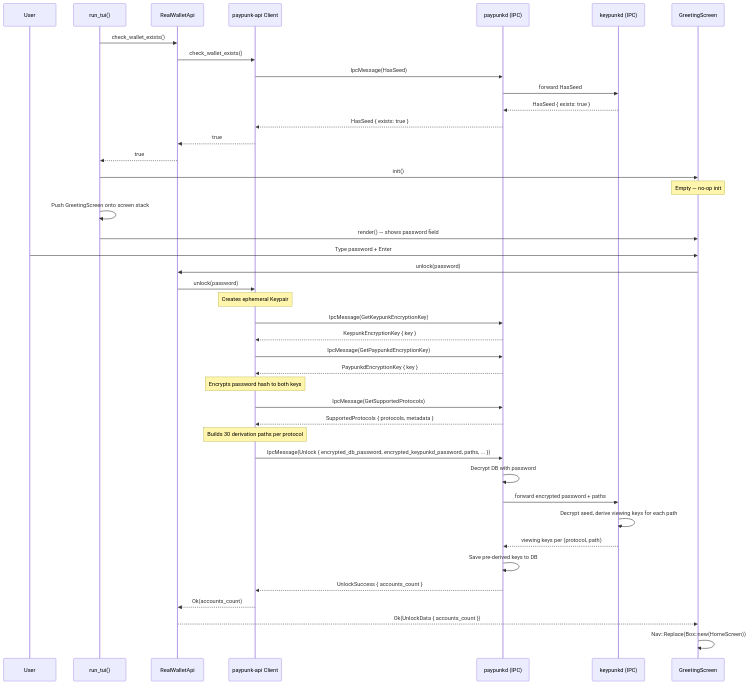
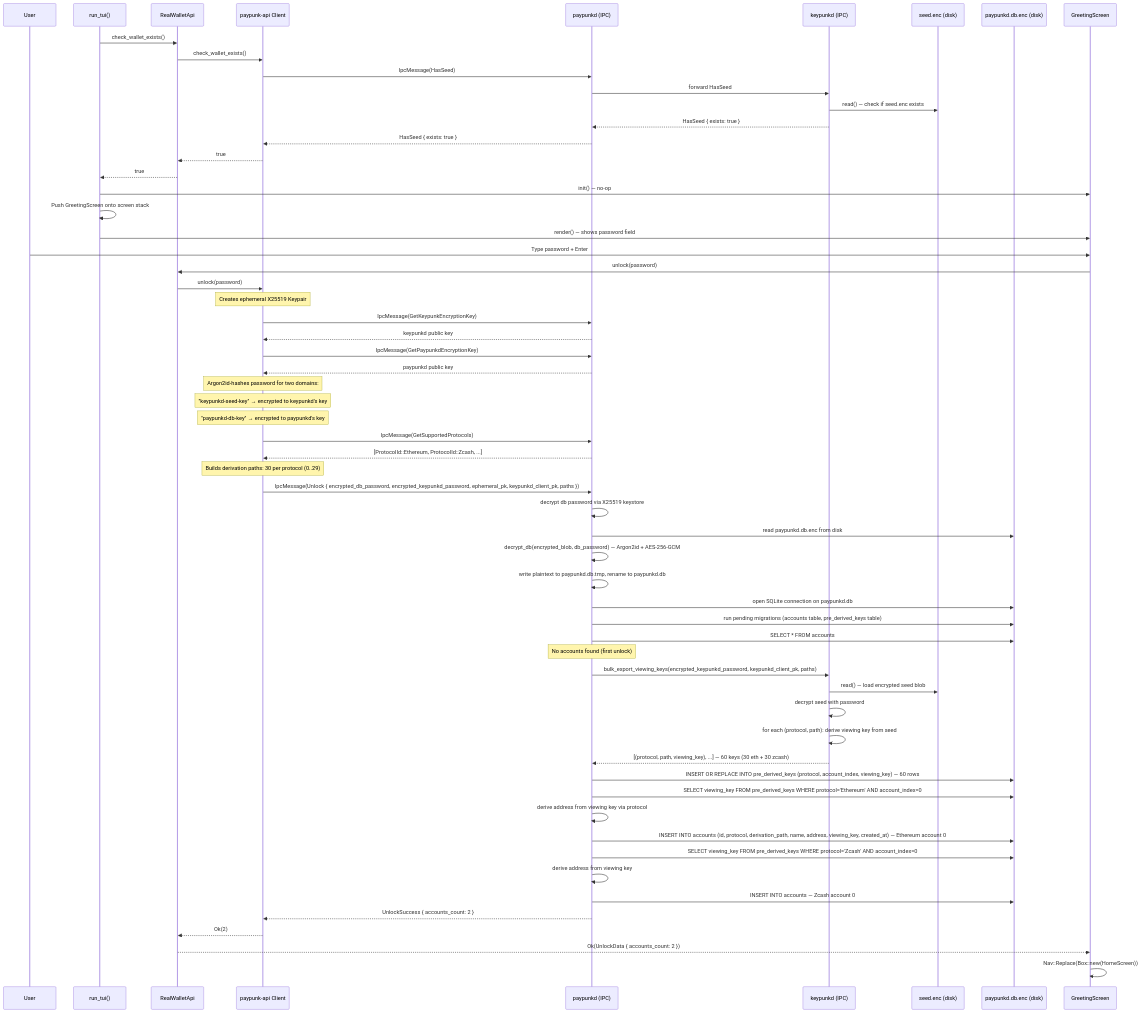
Before and after one commit to blockhackersio/paypunk: the diagram in tui/docs/usecases/02-greeting.md, drawn with Mermaid. The commit also changed other lines of this file and 9 other files, not shown here.

````diff
--- a/tui/docs/usecases/02-greeting.md
+++ b/tui/docs/usecases/02-greeting.md
@@ -7,50 +13,73 @@
 ```mermaid
 sequenceDiagram
     participant U as User
     participant lib as run_tui()
     participant API as RealWalletApi
     participant Client as paypunk-api Client
     participant paypunkd as paypunkd (IPC)
     participant keypunkd as keypunkd (IPC)
+    participant SeedFile as seed.enc (disk)
+    participant SQLite as paypunkd.db.enc (disk)
 
     lib->>API: check_wallet_exists()
     API->>Client: check_wallet_exists()
     Client->>paypunkd: IpcMessage(HasSeed)
     paypunkd->>keypunkd: forward HasSeed
+    keypunkd->>SeedFile: read() — check if seed.enc exists
     keypunkd-->>paypunkd: HasSeed { exists: true }
     paypunkd-->>Client: HasSeed { exists: true }
     Client-->>API: true
     API-->>lib: true
 
-    lib->>GreetingScreen: init()
-    Note over GreetingScreen: Empty — no-op init
-
+    lib->>GreetingScreen: init() — no-op
     lib->>lib: Push GreetingScreen onto screen stack
     lib->>GreetingScreen: render() — shows password field
 
     U->>GreetingScreen: Type password + Enter
 
     GreetingScreen->>API: unlock(password)
 
     API->>Client: unlock(password)
-    Note over Client: Creates ephemeral Keypair
+    Note over Client: Creates ephemeral X25519 Keypair
     Client->>paypunkd: IpcMessage(GetKeypunkEncryptionKey)
-    paypunkd-->>Client: KeypunkEncryptionKey { key }
+    paypunkd-->>Client: keypunkd public key
     Client->>paypunkd: IpcMessage(GetPaypunkdEncryptionKey)
-    paypunkd-->>Client: PaypunkdEncryptionKey { key }
-    Note over Client: Encrypts password hash to both keys
+    paypunkd-->>Client: paypunkd public key
+    Note over Client: Argon2id-hashes password for two domains:
+    Note over Client: "keypunkd-seed-key" → encrypted to keypunkd's key
+    Note over Client: "paypunkd-db-key" → encrypted to paypunkd's key
     Client->>paypunkd: IpcMessage(GetSupportedProtocols)
-    paypunkd-->>Client: SupportedProtocols { protocols, metadata }
-    Note over Client: Builds 30 derivation paths per protocol
-    Client->>paypunkd: IpcMessage(Unlock { encrypted_db_password, encrypted_keypunkd_password, paths, ... })
-    paypunkd->>paypunkd: Decrypt DB with password
-    paypunkd->>keypunkd: forward encrypted password + paths
-    keypunkd->>keypunkd: Decrypt seed, derive viewing keys for each path
-    keypunkd-->>paypunkd: viewing keys per (protocol, path)
-    paypunkd->>paypunkd: Save pre-derived keys to DB
-    paypunkd-->>Client: UnlockSuccess { accounts_count }
-    Client-->>API: Ok(accounts_count)
-    API-->>GreetingScreen: Ok(UnlockData { accounts_count })
+    paypunkd-->>Client: [ProtocolId::Ethereum, ProtocolId::Zcash, ...]
+    Note over Client: Builds derivation paths: 30 per protocol (0..29)
+
+    Client->>paypunkd: IpcMessage(Unlock { encrypted_db_password, encrypted_keypunkd_password, ephemeral_pk, keypunkd_client_pk, paths })
+
+    paypunkd->>paypunkd: decrypt db password via X25519 keystore
+    paypunkd->>SQLite: read paypunkd.db.enc from disk
+    paypunkd->>paypunkd: decrypt_db(encrypted_blob, db_password) — Argon2id + AES-256-GCM
+    paypunkd->>paypunkd: write plaintext to paypunkd.db.tmp, rename to paypunkd.db
+    paypunkd->>SQLite: open SQLite connection on paypunkd.db
+    paypunkd->>SQLite: run pending migrations (accounts table, pre_derived_keys table)
+
+    paypunkd->>SQLite: SELECT * FROM accounts
+    Note over paypunkd: No accounts found (first unlock)
+
+    paypunkd->>keypunkd: bulk_export_viewing_keys(encrypted_keypunkd_password, keypunkd_client_pk, paths)
+    keypunkd->>SeedFile: read() — load encrypted seed blob
+    keypunkd->>keypunkd: decrypt seed with password
+    keypunkd->>keypunkd: for each (protocol, path): derive viewing key from seed
+    keypunkd-->>paypunkd: [(protocol, path, viewing_key), ...] — 60 keys (30 eth + 30 zcash)
+
+    paypunkd->>SQLite: INSERT OR REPLACE INTO pre_derived_keys (protocol, account_index, viewing_key) — 60 rows
+    paypunkd->>SQLite: SELECT viewing_key FROM pre_derived_keys WHERE protocol='Ethereum' AND account_index=0
+    paypunkd->>paypunkd: derive address from viewing key via protocol
+    paypunkd->>SQLite: INSERT INTO accounts (id, protocol, derivation_path, name, address, viewing_key, created_at) — Ethereum account 0
+    paypunkd->>SQLite: SELECT viewing_key FROM pre_derived_keys WHERE protocol='Zcash' AND account_index=0
+    paypunkd->>paypunkd: derive address from viewing key
+    paypunkd->>SQLite: INSERT INTO accounts — Zcash account 0
+    paypunkd-->>Client: UnlockSuccess { accounts_count: 2 }
+    Client-->>API: Ok(2)
+    API-->>GreetingScreen: Ok(UnlockData { accounts_count: 2 })
 
     GreetingScreen->>GreetingScreen: Nav::Replace(Box::new(HomeScreen))
 ```
````
